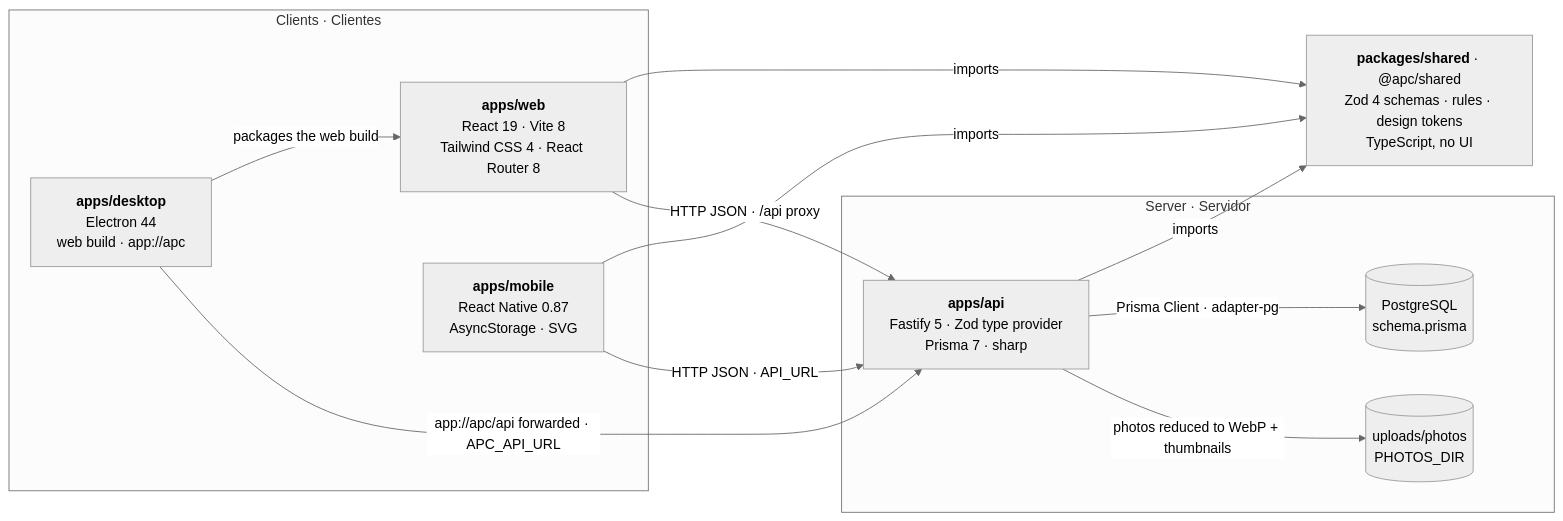
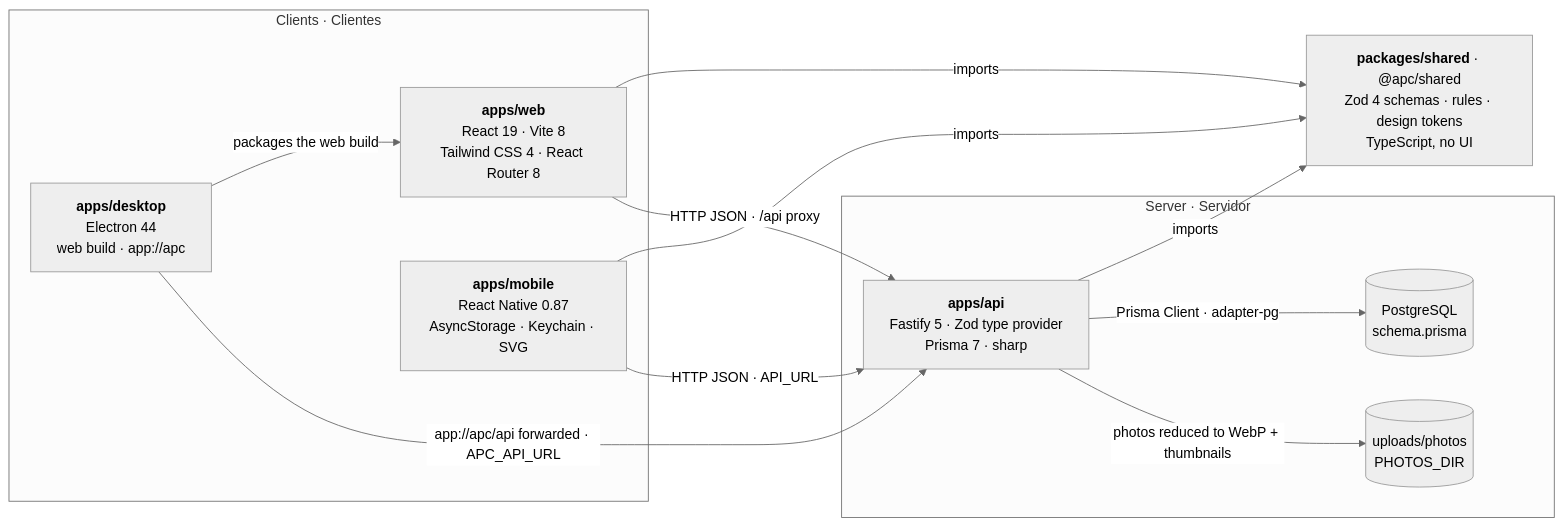
Before and after one commit to ChrisCamilo/apc-universal-repair: the first of 7 diagrams in docs/architecture.md, drawn with Mermaid (neutral theme). The commit also changed other lines of this file and 2 other files, not shown here.

````diff
--- a/docs/architecture.md
+++ b/docs/architecture.md
@@ -11,26 +11,26 @@
 ```mermaid
 flowchart LR
     subgraph clients["Clients · Clientes"]
         web["<b>apps/web</b><br/>React 19 · Vite 8<br/>Tailwind CSS 4 · React Router 8"]
-        mobile["<b>apps/mobile</b><br/>React Native 0.87<br/>AsyncStorage · SVG"]
+        mobile["<b>apps/mobile</b><br/>React Native 0.87<br/>AsyncStorage · Keychain · SVG"]
         desktop["<b>apps/desktop</b><br/>Electron 44<br/>web build · app://apc"]
     end
 
     shared["<b>packages/shared</b> · @apc/shared<br/>Zod 4 schemas · rules · design tokens<br/>TypeScript, no UI"]
 
     subgraph server["Server · Servidor"]
         api["<b>apps/api</b><br/>Fastify 5 · Zod type provider<br/>Prisma 7 · sharp"]
         db[("PostgreSQL<br/>schema.prisma")]
         files[("uploads/photos<br/>PHOTOS_DIR")]
     end
 
     web -- imports --> shared
     desktop -- "packages the web build" --> web
     mobile -- imports --> shared
     api -- imports --> shared
     web -- "HTTP JSON · /api proxy" --> api
     mobile -- "HTTP JSON · API_URL" --> api
     desktop -- "app://apc/api forwarded · APC_API_URL" --> api
     api -- "Prisma Client · adapter-pg" --> db
     api -- "photos reduced to WebP + thumbnails" --> files
 ```
````
